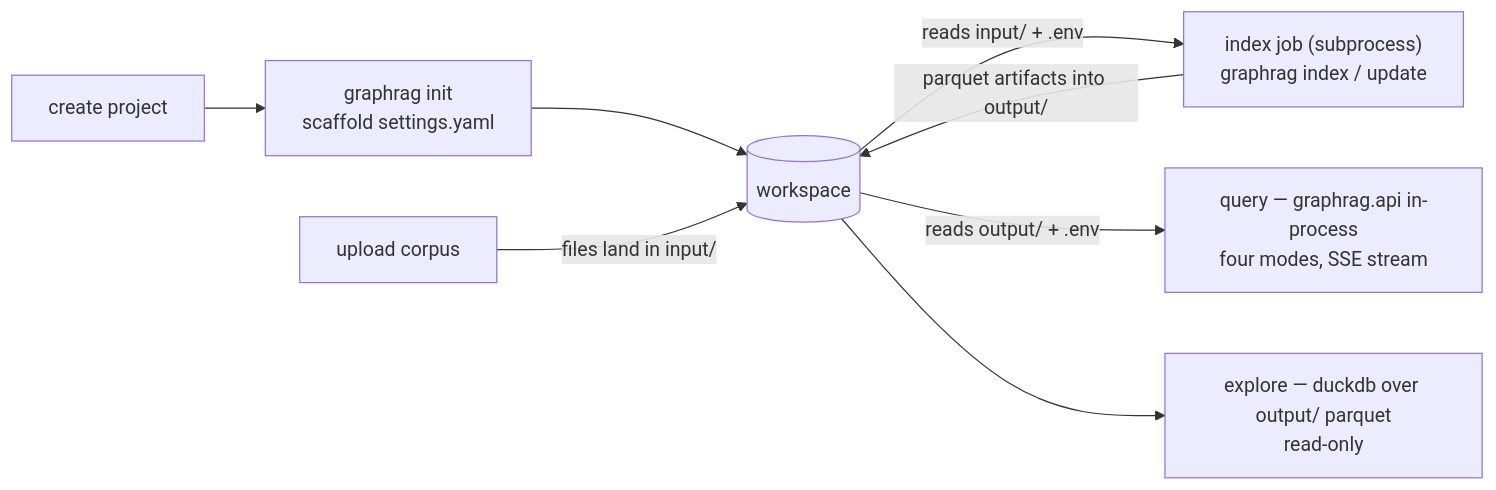
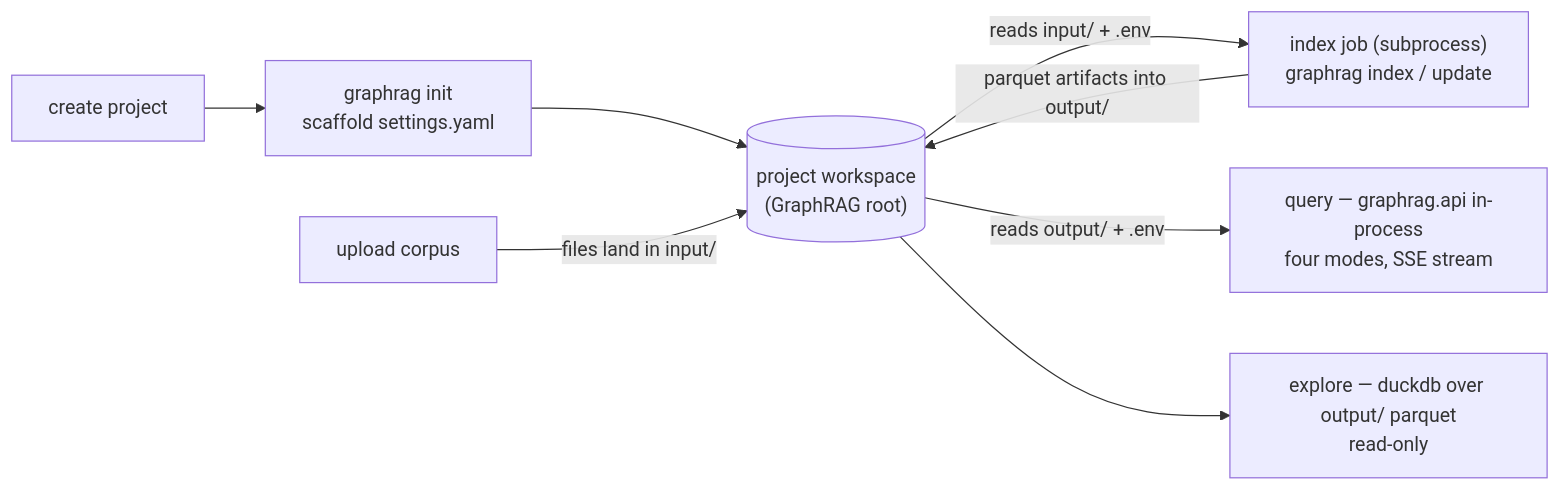
The second of 3 diagrams in README.md (kehao-playground/graphrag-web-ui), drawn with Mermaid before and after one commit. The commit also changed other lines of this file and 1 other file, not shown here.

First line of the commit message:
docs(readme): define workspace as the app's term for the GraphRAG root

````diff
--- a/README.md
+++ b/README.md
@@ -68,10 +70,10 @@
 ```mermaid
 flowchart LR
     P["create project"] --> I["graphrag init<br/>scaffold settings.yaml"]
-    I --> W[("workspace")]
+    I --> W[("project workspace<br/>(GraphRAG root)")]
     U["upload corpus"] -->|"files land in input/"| W
     W -->|"reads input/ + .env"| X["index job (subprocess)<br/>graphrag index / update"]
     X -->|"parquet artifacts into output/"| W
     W -->|"reads output/ + .env"| Q["query — graphrag.api in-process<br/>four modes, SSE stream"]
     W --> E["explore — duckdb over output/ parquet<br/>read-only"]
 ```
````
